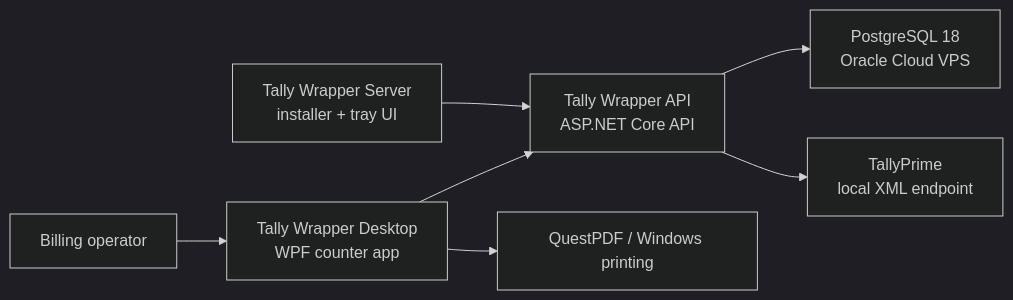
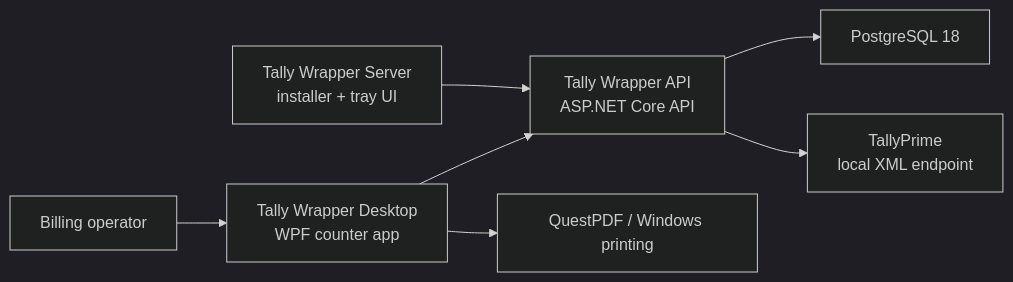
The diagram in README.md (kta136/tally-wrapper), drawn with Mermaid (dark theme) before and after one commit. The commit also changed other lines of this file and 17 other files, not shown here.

````diff
--- a/README.md
+++ b/README.md
@@ -46,9 +43,9 @@
 ```mermaid
 flowchart LR
     Operator["Billing operator"] --> Desktop["Tally Wrapper Desktop<br/>WPF counter app"]
     Desktop --> Api["Tally Wrapper API<br/>ASP.NET Core API"]
     ServerTray["Tally Wrapper Server<br/>installer + tray UI"] --> Api
-    Api --> Postgres["PostgreSQL 18<br/>Oracle Cloud VPS"]
+    Api --> Postgres["PostgreSQL 18"]
     Api --> Tally["TallyPrime<br/>local XML endpoint"]
     Desktop --> Printing["QuestPDF / Windows printing"]
 ```
````
